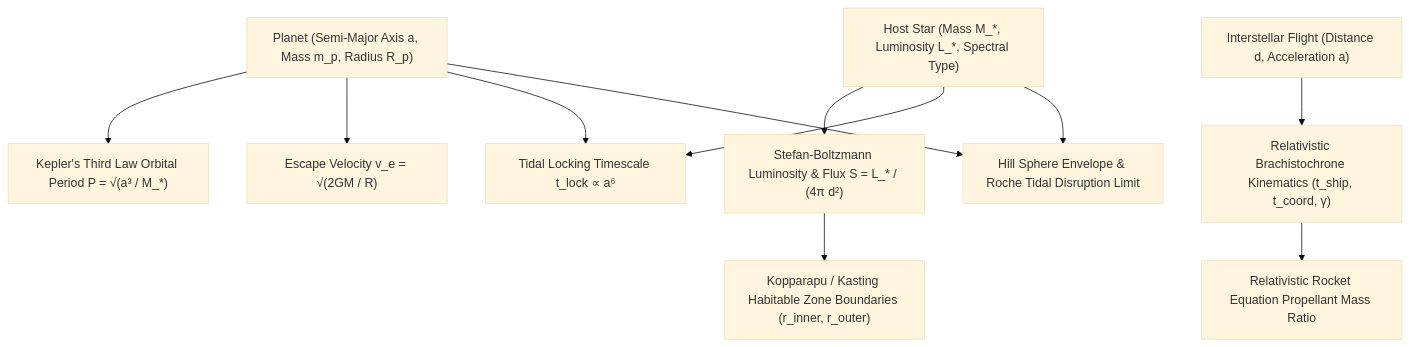
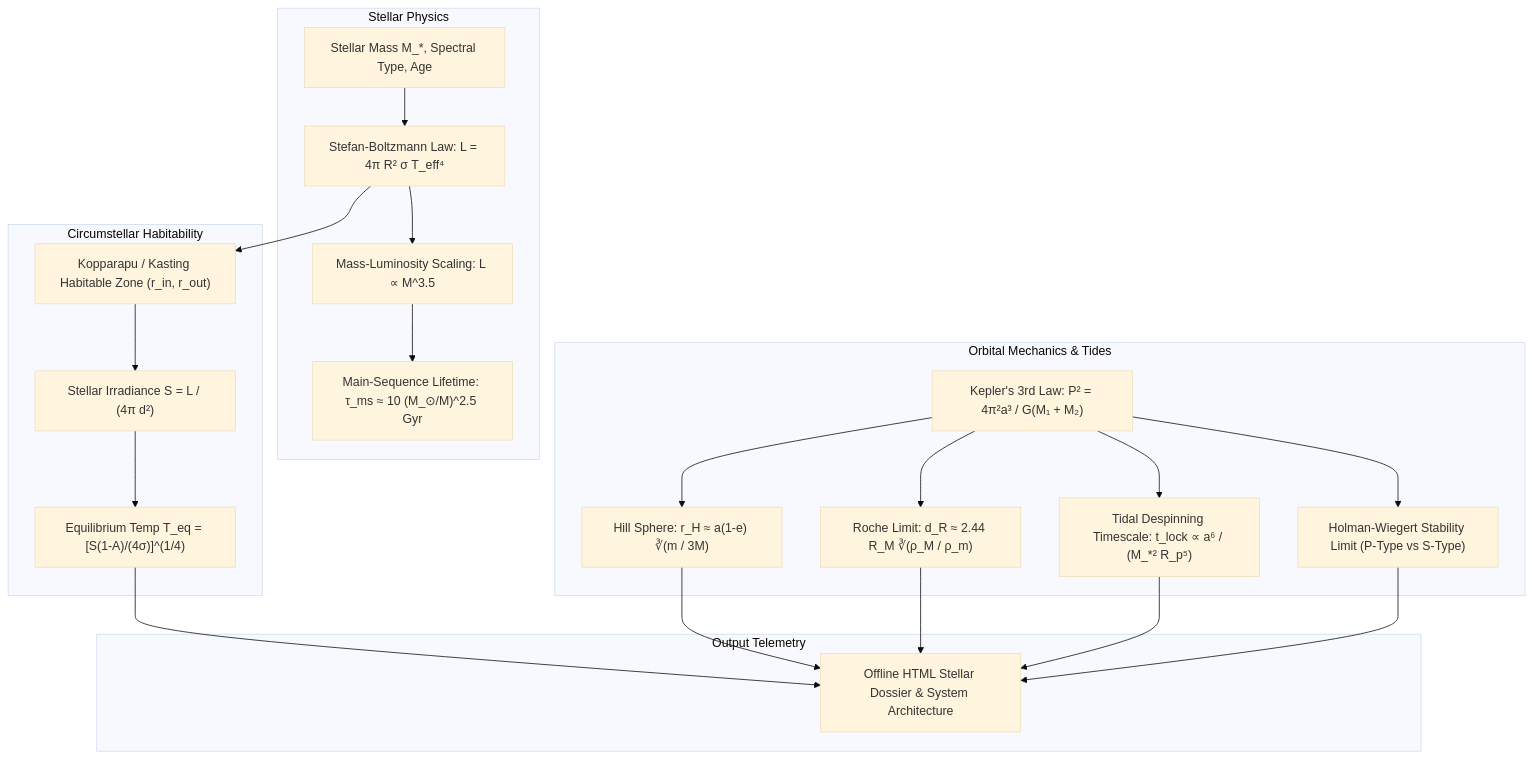
The diagram in docs/ASTROPHYSICS.md (aryansinghnagar/Ars-Arcanum), drawn with Mermaid (base theme) before and after one commit. The commit also changed other lines of this file and 239 other files, not shown here.

First line of the commit message:
feat(v5.0.0): streamline to 47 deterministic engines, zero-pip architecture, and encyclopedic craft references

````diff
--- a/docs/ASTROPHYSICS.md
+++ b/docs/ASTROPHYSICS.md
@@ -23,13 +16,25 @@
 ```mermaid
 flowchart TD
-    StarParams["Host Star (Mass M_*, Luminosity L_*, Spectral Type)"] --> LumScale["Stefan-Boltzmann Luminosity & Flux S = L_* / (4π d²)"]
-    LumScale --> HabZone["Kopparapu / Kasting Habitable Zone Boundaries (r_inner, r_outer)"]
-    
-    PlanetParams["Planet (Semi-Major Axis a, Mass m_p, Radius R_p)"] --> Kepler["Kepler's Third Law Orbital Period P = √(a³ / M_*)"]
-    PlanetParams --> EscapeVel["Escape Velocity v_e = √(2GM / R)"]
-    PlanetParams & StarParams --> TidalLock["Tidal Locking Timescale t_lock ∝ a⁶"]
-    PlanetParams & StarParams --> HillRoche["Hill Sphere Envelope & Roche Tidal Disruption Limit"]
-    
-    ShipParams["Interstellar Flight (Distance d, Acceleration a)"] --> Brachistochrone["Relativistic Brachistochrone Kinematics (t_ship, t_coord, γ)"]
-    Brachistochrone --> Tsiolkovsky["Relativistic Rocket Equation Propellant Mass Ratio"]
+    subgraph Stellar Physics
+        StellarInput["Stellar Mass M_*, Spectral Type, Age"] --> StefanBoltzmann["Stefan-Boltzmann Law: L = 4π R² σ T_eff⁴"]
+        StefanBoltzmann --> MassLum["Mass-Luminosity Scaling: L ∝ M^3.5"]
+        MassLum --> Lifetime["Main-Sequence Lifetime: τ_ms ≈ 10 (M_⊙/M)^2.5 Gyr"]
+    end
+
+    subgraph Circumstellar Habitability
+        StefanBoltzmann --> HZBoundaries["Kopparapu / Kasting Habitable Zone (r_in, r_out)"]
+        HZBoundaries --> PlanarInsolation["Stellar Irradiance S = L / (4π d²)"]
+        PlanarInsolation --> BlackbodyEquilibrium["Equilibrium Temp T_eq = [S(1-A)/(4σ)]^(1/4)"]
+    end
+
+    subgraph Orbital Mechanics & Tides
+        Kepler["Kepler's 3rd Law: P² = 4π²a³ / G(M₁ + M₂)"] --> Hill["Hill Sphere: r_H ≈ a(1-e) ∛(m / 3M)"]
+        Kepler --> Roche["Roche Limit: d_R ≈ 2.44 R_M ∛(ρ_M / ρ_m)"]
+        Kepler --> TidalLock["Tidal Despinning Timescale: t_lock ∝ a⁶ / (M_*² R_p⁵)"]
+        Kepler --> MultiStar["Holman-Wiegert Stability Limit (P-Type vs S-Type)"]
+    end
+
+    subgraph Output Telemetry
+        BlackbodyEquilibrium & Hill & Roche & TidalLock & MultiStar --> SystemReport["Offline HTML Stellar Dossier & System Architecture"]
+    end
 ```
````
